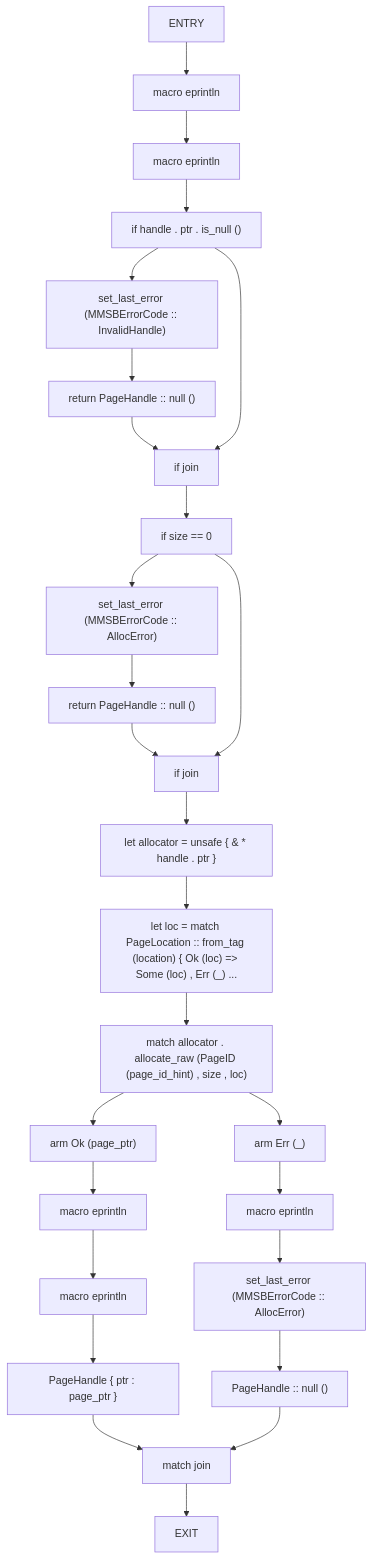
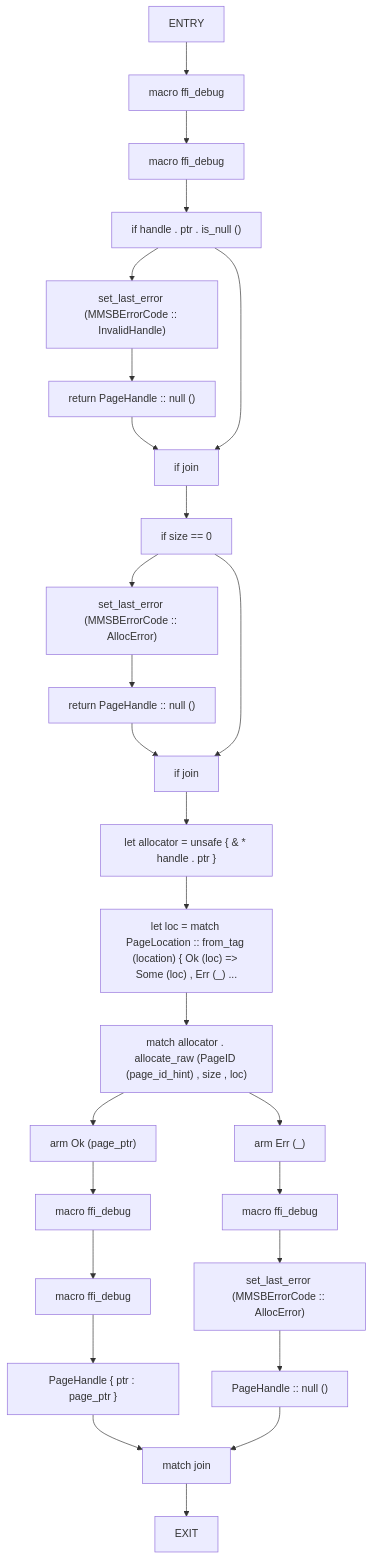
Before and after one commit to cicero-violate/MMSB: the fourth of 54 diagrams in docs/analysis/cfg/080-src-ffi_rs.md, drawn with Mermaid. The commit also changed other lines of this file and 75 other files, not shown here.

````diff
--- a/docs/analysis/cfg/080-src-ffi_rs.md
+++ b/docs/analysis/cfg/080-src-ffi_rs.md
@@ -108,53 +108,53 @@
 ```mermaid
 flowchart TD
     mmsb_allocator_allocate_0["ENTRY"]
-    mmsb_allocator_allocate_1["macro eprintln"]
-    mmsb_allocator_allocate_2["macro eprintln"]
+    mmsb_allocator_allocate_1["macro ffi_debug"]
+    mmsb_allocator_allocate_2["macro ffi_debug"]
     mmsb_allocator_allocate_3["if handle . ptr . is_null ()"]
     mmsb_allocator_allocate_4["set_last_error (MMSBErrorCode :: InvalidHandle)"]
     mmsb_allocator_allocate_5["return PageHandle :: null ()"]
     mmsb_allocator_allocate_6["if join"]
     mmsb_allocator_allocate_7["if size == 0"]
     mmsb_allocator_allocate_8["set_last_error (MMSBErrorCode :: AllocError)"]
     mmsb_allocator_allocate_9["return PageHandle :: null ()"]
     mmsb_allocator_allocate_10["if join"]
     mmsb_allocator_allocate_11["let allocator = unsafe { & * handle . ptr }"]
     mmsb_allocator_allocate_12["let loc = match PageLocation :: from_tag (location) { Ok (loc) => Some (loc) , Err (_) ..."]
     mmsb_allocator_allocate_13["match allocator . allocate_raw (PageID (page_id_hint) , size , loc)"]
     mmsb_allocator_allocate_14["arm Ok (page_ptr)"]
-    mmsb_allocator_allocate_15["macro eprintln"]
-    mmsb_allocator_allocate_16["macro eprintln"]
+    mmsb_allocator_allocate_15["macro ffi_debug"]
+    mmsb_allocator_allocate_16["macro ffi_debug"]
     mmsb_allocator_allocate_17["PageHandle { ptr : page_ptr }"]
     mmsb_allocator_allocate_18["arm Err (_)"]
-    mmsb_allocator_allocate_19["macro eprintln"]
+    mmsb_allocator_allocate_19["macro ffi_debug"]
     mmsb_allocator_allocate_20["set_last_error (MMSBErrorCode :: AllocError)"]
     mmsb_allocator_allocate_21["PageHandle :: null ()"]
     mmsb_allocator_allocate_22["match join"]
     mmsb_allocator_allocate_23["EXIT"]
     mmsb_allocator_allocate_0 --> mmsb_allocator_allocate_1
     mmsb_allocator_allocate_1 --> mmsb_allocator_allocate_2
     mmsb_allocator_allocate_2 --> mmsb_allocator_allocate_3
     mmsb_allocator_allocate_3 --> mmsb_allocator_allocate_4
     mmsb_allocator_allocate_4 --> mmsb_allocator_allocate_5
     mmsb_allocator_allocate_5 --> mmsb_allocator_allocate_6
     mmsb_allocator_allocate_3 --> mmsb_allocator_allocate_6
     mmsb_allocator_allocate_6 --> mmsb_allocator_allocate_7
     mmsb_allocator_allocate_7 --> mmsb_allocator_allocate_8
     mmsb_allocator_allocate_8 --> mmsb_allocator_allocate_9
     mmsb_allocator_allocate_9 --> mmsb_allocator_allocate_10
     mmsb_allocator_allocate_7 --> mmsb_allocator_allocate_10
     mmsb_allocator_allocate_10 --> mmsb_allocator_allocate_11
     mmsb_allocator_allocate_11 --> mmsb_allocator_allocate_12
     mmsb_allocator_allocate_12 --> mmsb_allocator_allocate_13
     mmsb_allocator_allocate_13 --> mmsb_allocator_allocate_14
     mmsb_allocator_allocate_14 --> mmsb_allocator_allocate_15
     mmsb_allocator_allocate_15 --> mmsb_allocator_allocate_16
     mmsb_allocator_allocate_16 --> mmsb_allocator_allocate_17
     mmsb_allocator_allocate_13 --> mmsb_allocator_allocate_18
     mmsb_allocator_allocate_18 --> mmsb_allocator_allocate_19
     mmsb_allocator_allocate_19 --> mmsb_allocator_allocate_20
     mmsb_allocator_allocate_20 --> mmsb_allocator_allocate_21
     mmsb_allocator_allocate_17 --> mmsb_allocator_allocate_22
     mmsb_allocator_allocate_21 --> mmsb_allocator_allocate_22
     mmsb_allocator_allocate_22 --> mmsb_allocator_allocate_23
 ```
````
